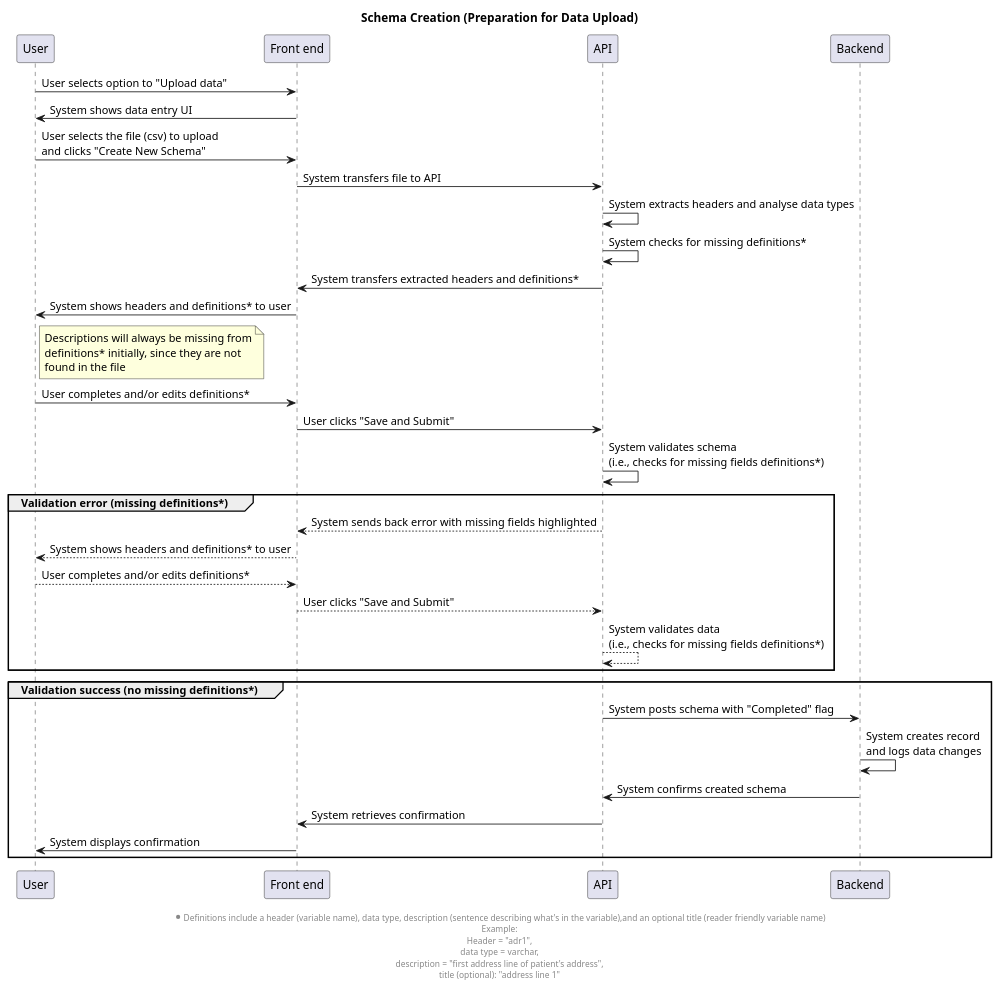
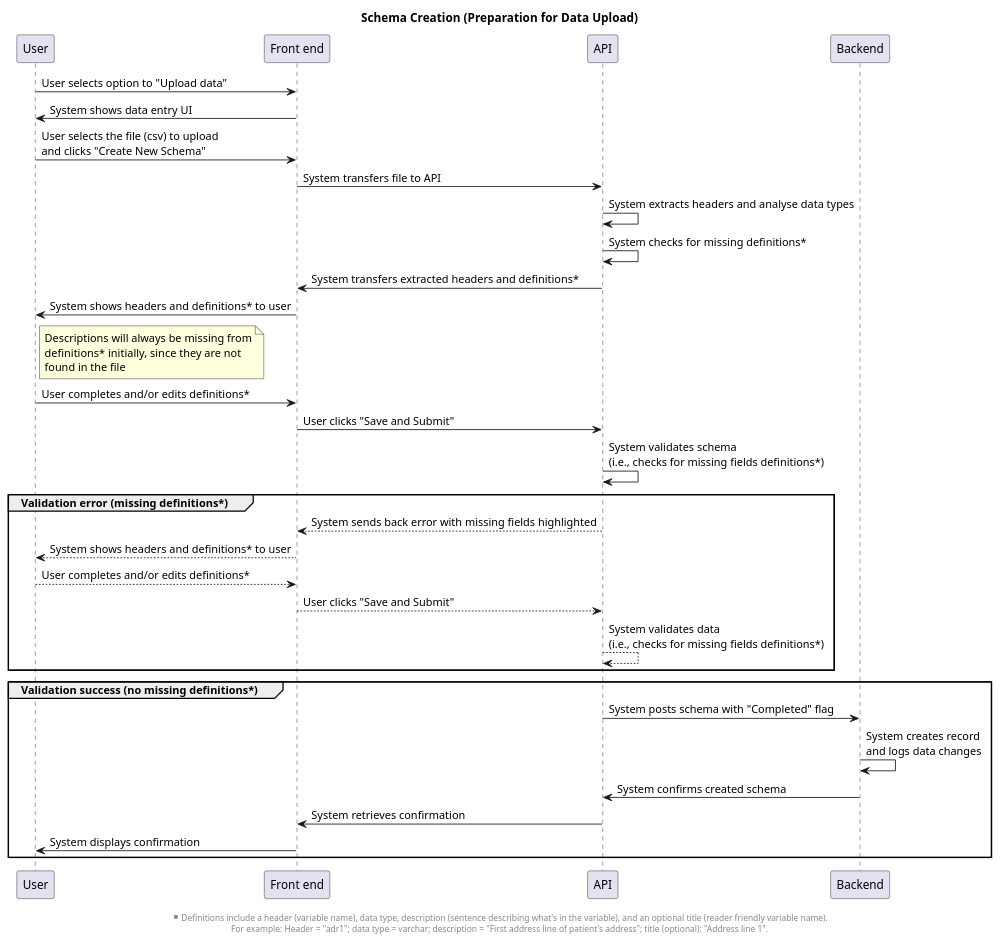
Before and after one commit to signekb/seedcase-sprout: the diagram in docs/design/images/schema-creation-sequence.puml, drawn with PlantUML. The commit also changed 1 other file, not shown here.

```diff
--- a/docs/design/images/schema-creation-sequence.puml
+++ b/docs/design/images/schema-creation-sequence.puml
@@ -1,45 +1,45 @@
 @startuml schema-creation-sequence
 
 title Schema Creation (Preparation for Data Upload)
 ' User prepares to upload data by creating data schema
 
 participant "User" as u
 participant "Front end" as f
 participant "API" as api
 participant "Backend" as b
 
 u -> f: User selects option to "Upload data"
 f -> u: System shows data entry UI
 u -> f: User selects the file (csv) to upload\nand clicks "Create New Schema"
 ' What "schema" means might not be understandable for all users. Description needed?
 f -> api: System transfers file to API
 api -> api: System extracts headers and analyse data types
 api -> api: System checks for missing definitions*
 api -> f: System transfers extracted headers and definitions*
 ' HOTSPOT: Data ingress file life cycle?
 f -> u: System shows headers and definitions* to user
 note right of u
     Descriptions will always be missing from
     definitions* initially, since they are not
     found in the file
 end note
 u -> f: User completes and/or edits definitions*
 f -> api: User clicks "Save and Submit"
 api -> api: System validates schema\n(i.e., checks for missing fields definitions*)
 group Validation error (missing definitions*)
     api --> f: System sends back error with missing fields highlighted
     f --> u: System shows headers and definitions* to user
     u --> f: User completes and/or edits definitions*
     f --> api: User clicks "Save and Submit"
     api --> api: System validates data\n(i.e., checks for missing fields definitions*)
 end
 group Validation success (no missing definitions*)
     api -> b: System posts schema with "Completed" flag
     b -> b : System creates record\nand logs data changes
     b -> api: System confirms created schema
     api -> f: System retrieves confirmation
     f -> u: System displays confirmation
 end
-footer \n*Definitions include a header (variable name), data type, description (sentence describing what's in the variable),and an optional title (reader friendly variable name)\nExample:\nHeader = "adr1",\ndata type = varchar,\ndescription = "first address line of patient's address",\ntitle (optional): "address line 1"
+footer \n*Definitions include a header (variable name), data type, description (sentence describing what's in the variable), and an optional title (reader friendly variable name).\nFor example: Header = "adr1"; data type = varchar; description = "First address line of patient's address"; title (optional): "Address line 1".
 
 @enduml
```
